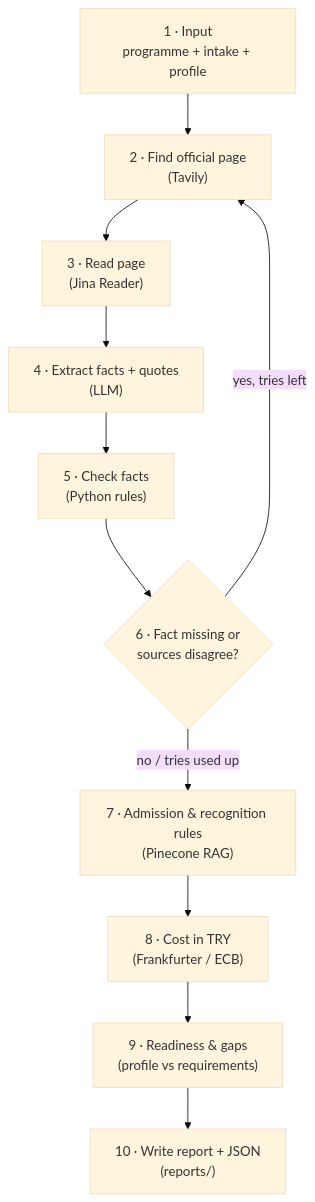
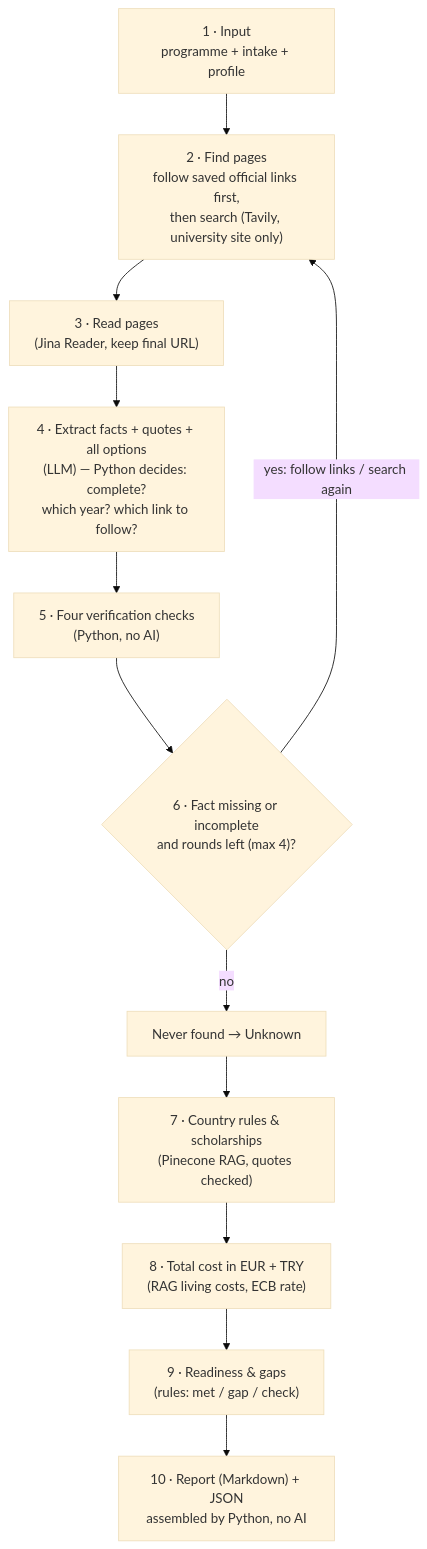
Before and after one commit to SelfUpdateWorks/Project-3---Unioptt: the diagram in README.md, drawn with Mermaid (base theme). The commit also changed other lines of this file and 15 other files, not shown here.

````diff
--- a/README.md
+++ b/README.md
@@ -75,13 +75,14 @@
 ```mermaid
 flowchart TD
-    A["1 · Input<br/>programme + intake + profile"] --> B["2 · Find official page<br/>(Tavily)"]
-    B --> C["3 · Read page<br/>(Jina Reader)"]
-    C --> D["4 · Extract facts + quotes<br/>(LLM)"]
-    D --> E["5 · Check facts<br/>(Python rules)"]
-    E --> F{"6 · Fact missing or<br/>sources disagree?"}
-    F -- "yes, tries left" --> B
-    F -- "no / tries used up" --> G["7 · Admission & recognition rules<br/>(Pinecone RAG)"]
-    G --> H["8 · Cost in TRY<br/>(Frankfurter / ECB)"]
-    H --> I["9 · Readiness & gaps<br/>(profile vs requirements)"]
-    I --> J["10 · Write report + JSON<br/>(reports/)"]
+    A["1 · Input<br/>programme + intake + profile"] --> B["2 · Find pages<br/>follow saved official links first,<br/>then search (Tavily, university site only)"]
+    B --> C["3 · Read pages<br/>(Jina Reader, keep final URL)"]
+    C --> D["4 · Extract facts + quotes + all options<br/>(LLM) — Python decides: complete?<br/>which year? which link to follow?"]
+    D --> E["5 · Four verification checks<br/>(Python, no AI)"]
+    E --> F{"6 · Fact missing or incomplete<br/>and rounds left (max 4)?"}
+    F -- "yes: follow links / search again" --> B
+    F -- "no" --> U["Never found → Unknown"]
+    U --> G["7 · Country rules & scholarships<br/>(Pinecone RAG, quotes checked)"]
+    G --> H["8 · Total cost in EUR + TRY<br/>(RAG living costs, ECB rate)"]
+    H --> I["9 · Readiness & gaps<br/>(rules: met / gap / check)"]
+    I --> J["10 · Report (Markdown) + JSON<br/>assembled by Python, no AI"]
 ```
````
